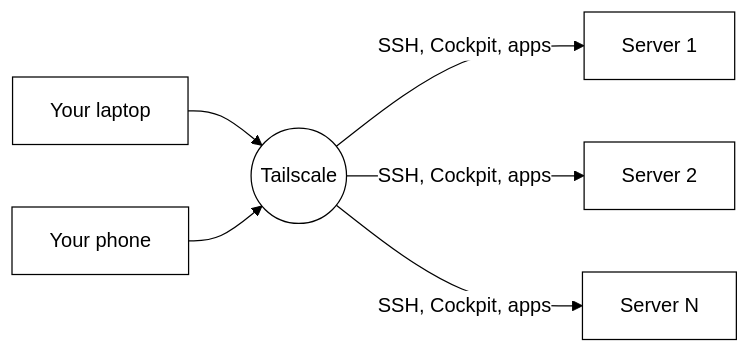
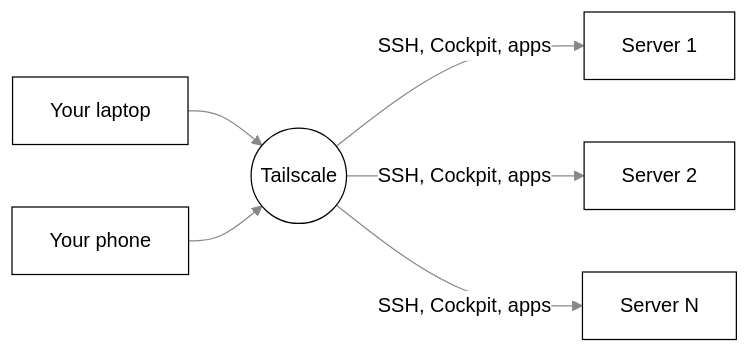
One commit to nadeem4/home_server changed the first of 2 diagrams in README.md. Above: the diagram before and after it, drawn with Mermaid. The commit also changed other lines of this file, not shown here.

Commit message:
docs: diagram arrows visible in github dark mode

````diff
--- a/README.md
+++ b/README.md
@@ -36,9 +36,9 @@
 ```mermaid
-%%{init: {'theme':'base','themeVariables':{'primaryColor':'#ffffff','primaryTextColor':'#000000','primaryBorderColor':'#000000','lineColor':'#000000'}}}%%
+%%{init: {'theme':'base','themeVariables':{'primaryColor':'#ffffff','primaryTextColor':'#000000','primaryBorderColor':'#000000','lineColor':'#888888','edgeLabelBackground':'#ffffff'}}}%%
 flowchart LR
   PC[Your laptop] --> T((Tailscale))
   Phone[Your phone] --> T
   T -->|SSH, Cockpit, apps| S1[Server 1]
   T -->|SSH, Cockpit, apps| S2[Server 2]
   T -->|SSH, Cockpit, apps| S3[Server N]
 ```
````
